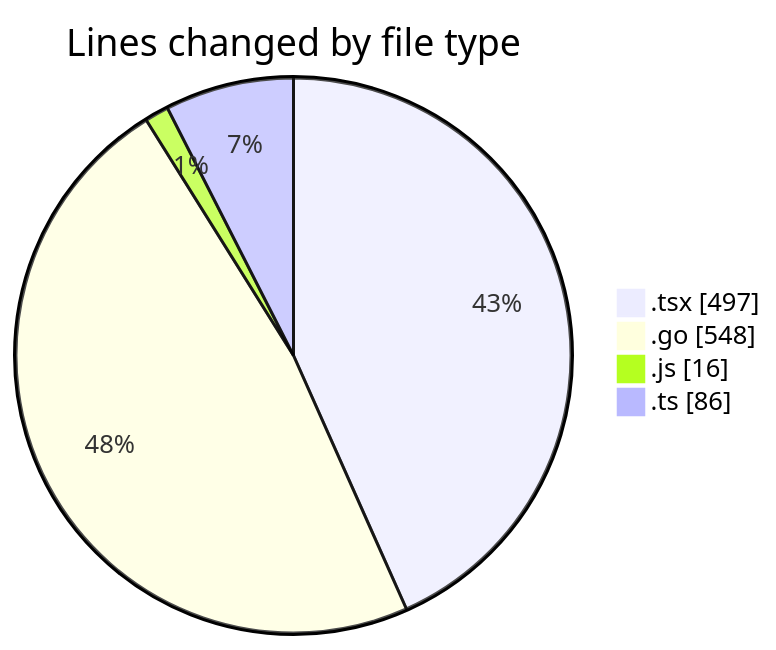
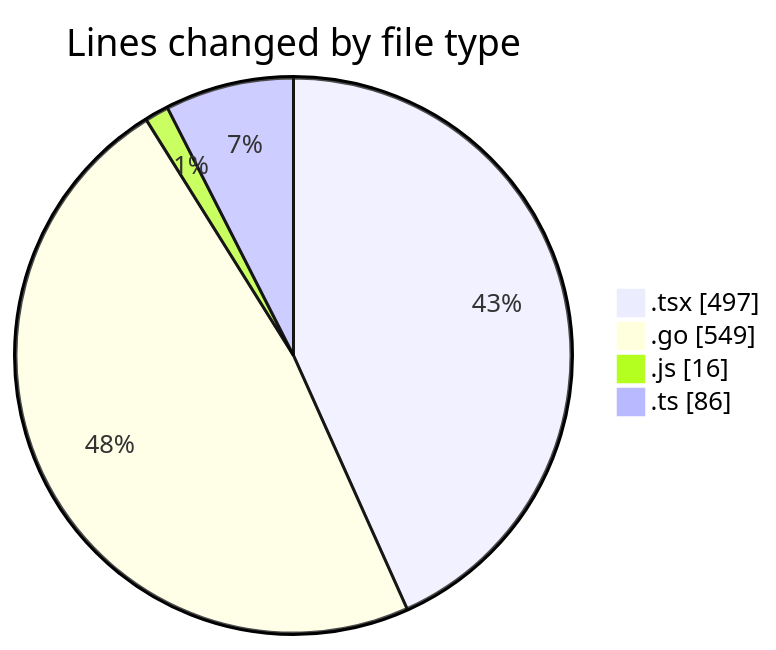
One commit to robertbonfada/code-tracking changed the first of 2 diagrams in 2025-03-04/termonied_testador/README.md. Above: the diagram before and after it, drawn with Mermaid. The commit also changed other lines of this file and 1 other file, not shown here.

````diff
--- a/2025-03-04/termonied_testador/README.md
+++ b/2025-03-04/termonied_testador/README.md
@@ -26,8 +26,8 @@
 ```mermaid
 pie showData
 title Lines changed by file type
 ".tsx" : 497
-".go" : 548
+".go" : 549
 ".js" : 16
 ".ts" : 86
 ```
````
